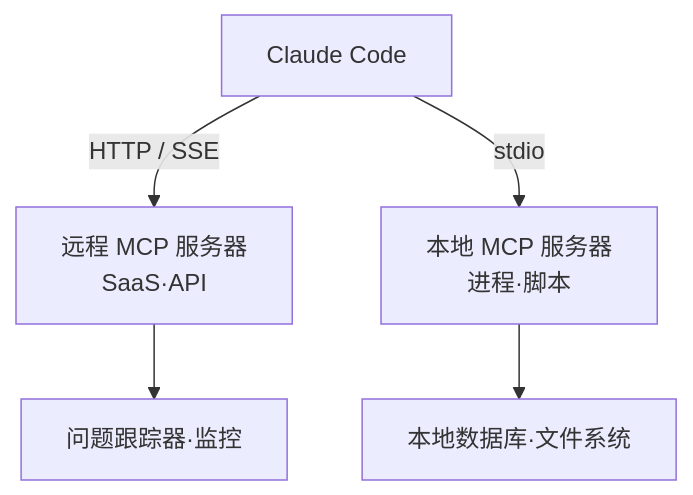
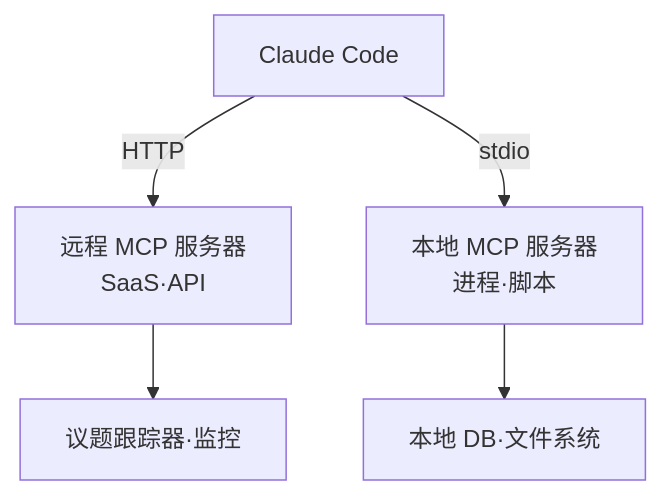
The diagram in docs-site/content/zh/claude-code/extensibility/mcp.md (modu-ai/moai-adk), drawn with Mermaid before and after one commit. The commit also changed other lines of this file and 395 other files, not shown here.

````diff
--- a/docs-site/content/zh/claude-code/extensibility/mcp.md
+++ b/docs-site/content/zh/claude-code/extensibility/mcp.md
@@ -43,8 +43,8 @@
 ```mermaid
 flowchart TD
     CC[Claude Code]
-    CC -->|HTTP / SSE| Remote[远程 MCP 服务器<br>SaaS·API]
+    CC -->|HTTP| Remote[远程 MCP 服务器<br>SaaS·API]
     CC -->|stdio| Local[本地 MCP 服务器<br>进程·脚本]
-    Remote --> Ext1[问题跟踪器·监控]
-    Local --> Ext2[本地数据库·文件系统]
+    Remote --> Ext1[议题跟踪器·监控]
+    Local --> Ext2[本地 DB·文件系统]
 ```
````
